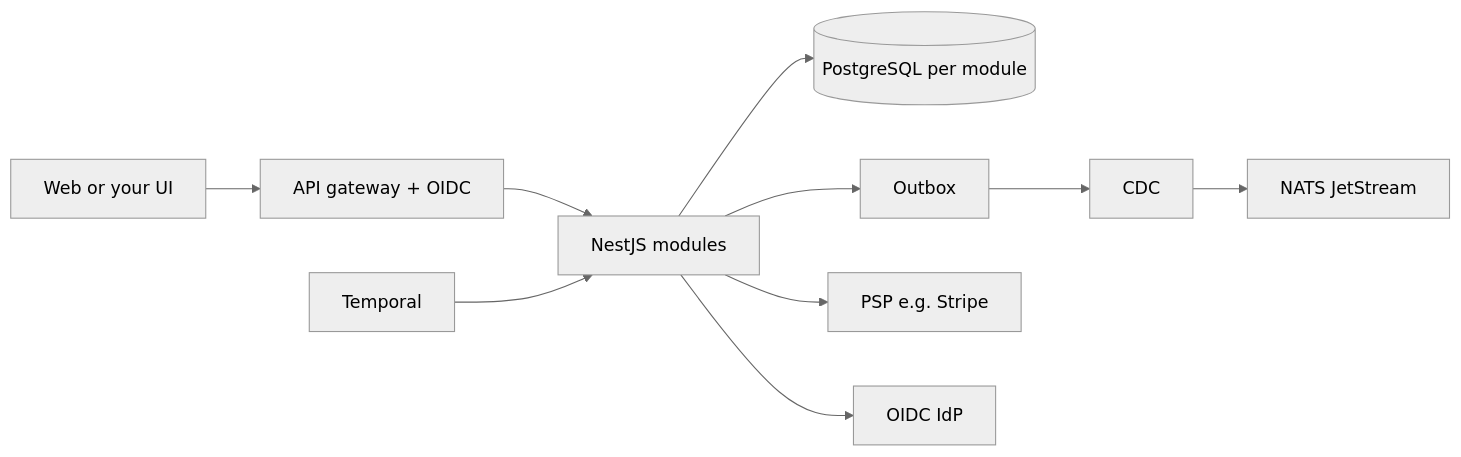
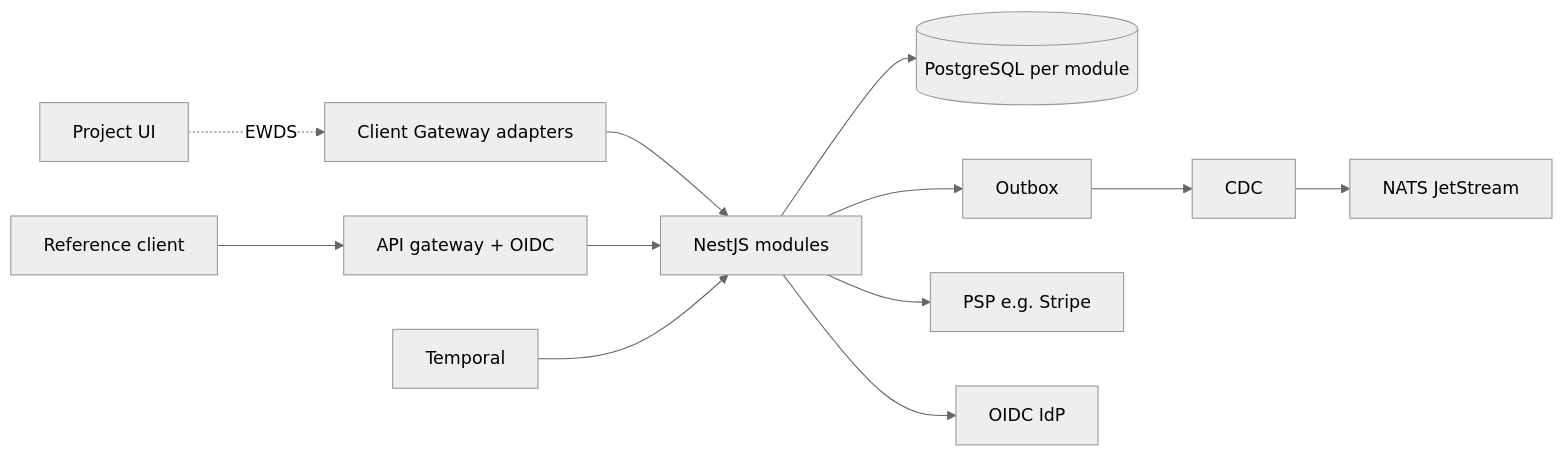
The diagram in apps/site/reference/architecture.md (blooo-io/intelligent-eu-bps-source), drawn with Mermaid (neutral theme) before and after one commit. The commit also changed other lines of this file and 96 other files, not shown here.

````diff
--- a/apps/site/reference/architecture.md
+++ b/apps/site/reference/architecture.md
@@ -19,10 +19,11 @@
 ```mermaid
 flowchart LR
-  UI[Web or your UI] --> GW[API gateway + OIDC]
+  UI[Reference client] --> GW[API gateway + OIDC]
+  PUI[Project UI] -.EWDS.-> CG[Client Gateway adapters] --> MOD
   GW --> MOD[NestJS modules]
   MOD --> PG[(PostgreSQL per module)]
   MOD --> OB[Outbox] --> CDC[CDC] --> BUS[NATS JetStream]
   SCH[Temporal] --> MOD
   MOD --> PSP[PSP e.g. Stripe]
   MOD --> IDP[OIDC IdP]
 ```
````
